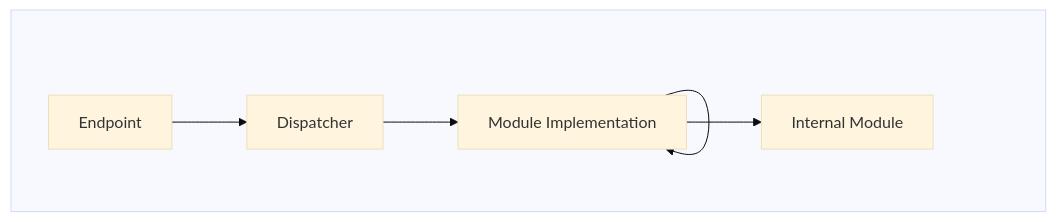
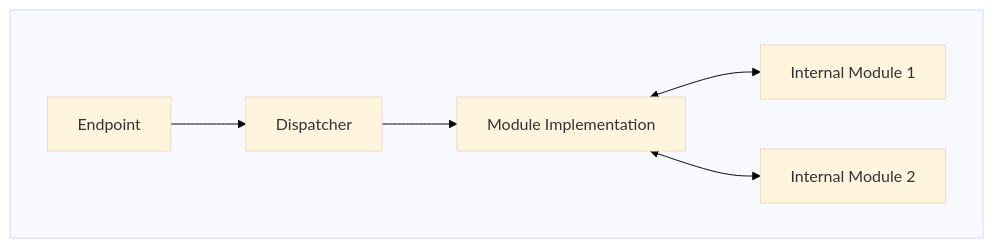
Before and after one commit to chromaxyz/reflex: the third of 5 diagrams in docs/IMPLEMENTERS.md, drawn with Mermaid (base theme).

Commit message:
fix previous commit

````diff
--- a/docs/IMPLEMENTERS.md
+++ b/docs/IMPLEMENTERS.md
@@ -64,9 +64,9 @@
 ```mermaid
 graph TD
   subgraph InternalModule [ ]
   Endpoint1["Endpoint"] --> Dispatcher
   Dispatcher --> Module1["Module Implementation"]
-  Module1["Module Implementation"] --> Module1["Internal Module"]
-  Module1["Module Implementation"] --> Module2["Internal Module"]
+  Module1["Module Implementation"] <--> InternalModule1["Internal Module 1"]
+  Module1["Module Implementation"] <--> InternalModule2["Internal Module 2"]
   end
 ```
````
